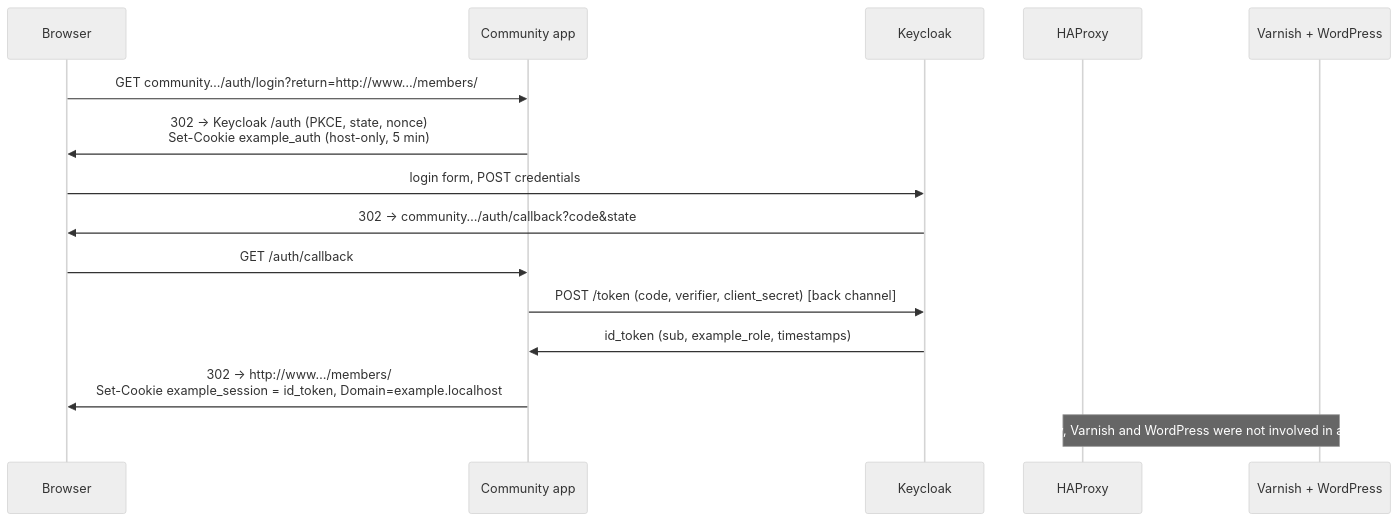
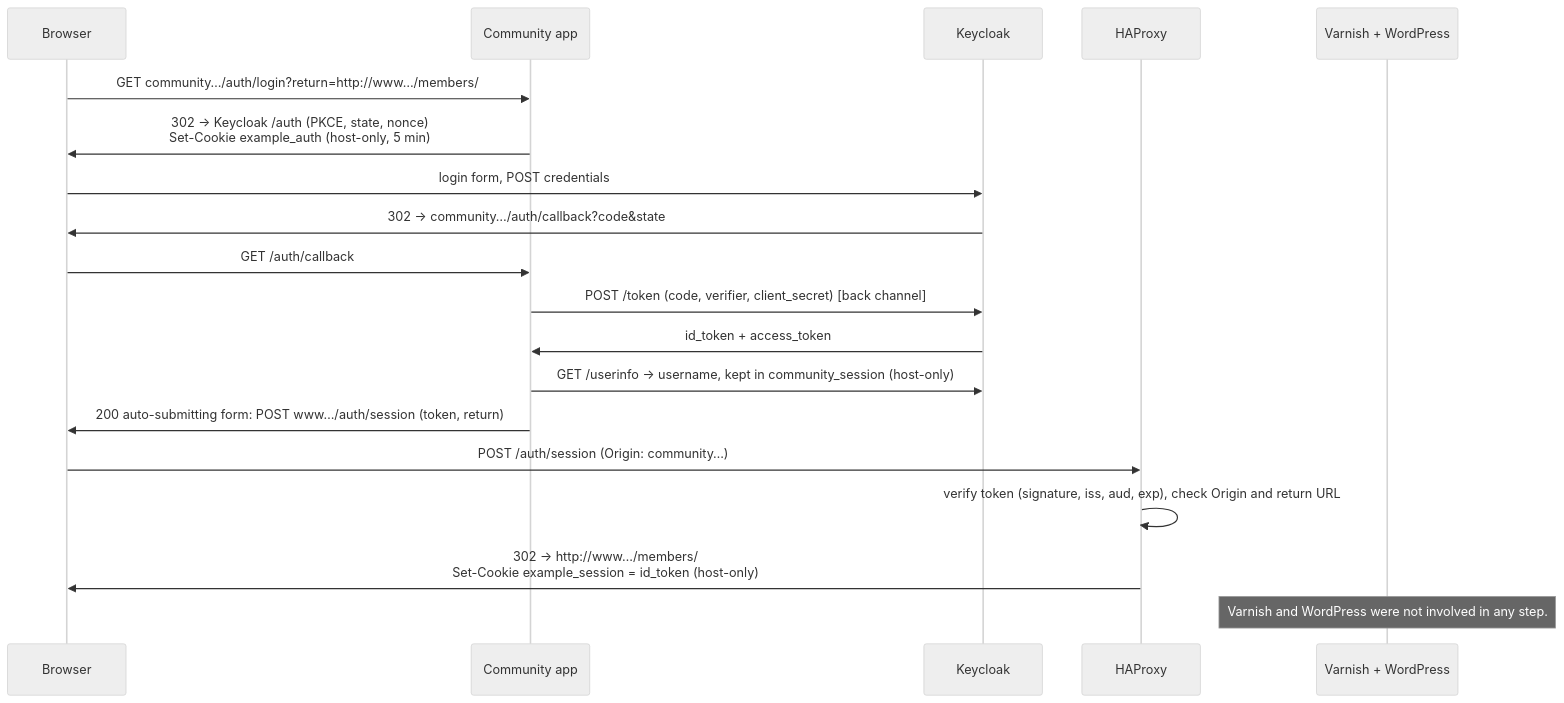
Before and after one commit to correctiv/oidc-wp-prototype: the first of 4 diagrams in README.md, drawn with Mermaid (neutral theme). The commit also changed other lines of this file and 6 other files, not shown here.

First line of the commit message:
Host-only cookies: hand the token to the website via HAProxy

````diff
--- a/README.md
+++ b/README.md
@@ -78,17 +79,21 @@
 ```mermaid
 sequenceDiagram
     participant B as Browser
     participant C as Community app
     participant K as Keycloak
     participant H as HAProxy
     participant W as Varnish + WordPress
     B->>C: GET community…/auth/login?return=http://www…/members/
     C->>B: 302 → Keycloak /auth (PKCE, state, nonce)<br/>Set-Cookie example_auth (host-only, 5 min)
     B->>K: login form, POST credentials
     K->>B: 302 → community…/auth/callback?code&state
     B->>C: GET /auth/callback
     C->>K: POST /token (code, verifier, client_secret) [back channel]
-    K->>C: id_token (sub, example_role, timestamps)
-    C->>B: 302 → http://www…/members/<br/>Set-Cookie example_session = id_token, Domain=example.localhost
-    Note over H,W: HAProxy, Varnish and WordPress were not involved in any step.
+    K->>C: id_token + access_token
+    C->>K: GET /userinfo → username, kept in community_session (host-only)
+    C->>B: 200 auto-submitting form: POST www…/auth/session (token, return)
+    B->>H: POST /auth/session (Origin: community…)
+    H->>H: verify token (signature, iss, aud, exp), check Origin and return URL
+    H->>B: 302 → http://www…/members/<br/>Set-Cookie example_session = id_token (host-only)
+    Note over W: Varnish and WordPress were not involved in any step.
 ```
````
